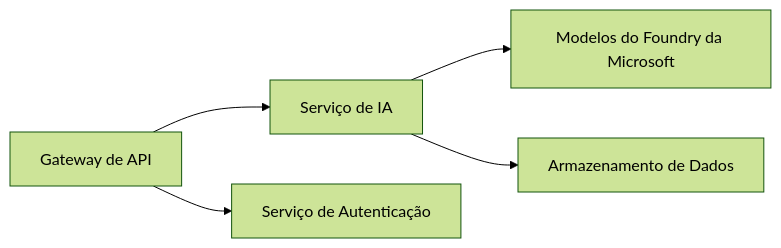
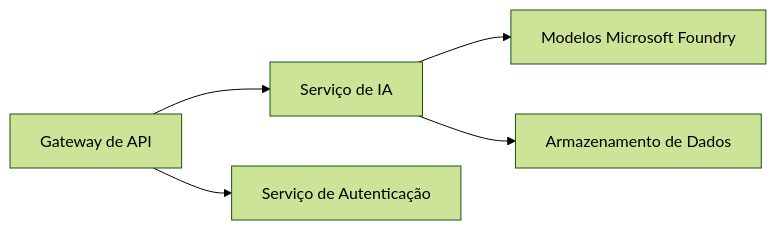
Before and after one commit to microsoft/AZD-for-beginners: the first of 2 diagrams in translations/pt-BR/docs/chapter-08-production/README.md, drawn with Mermaid (forest theme). The commit also changed other lines of this file and 59 other files, not shown here.

````diff
--- a/translations/pt-BR/docs/chapter-08-production/README.md
+++ b/translations/pt-BR/docs/chapter-08-production/README.md
@@ -48,6 +48,6 @@
 ```mermaid
 graph LR
-    Gateway[Gateway de API] --> AI[Serviço de IA] --> Models[Modelos do Foundry da Microsoft]
+    Gateway[Gateway de API] --> AI[Serviço de IA] --> Models[Modelos Microsoft Foundry]
     Gateway --> Auth[Serviço de Autenticação]
     AI --> Data[Armazenamento de Dados]
 ```
````
